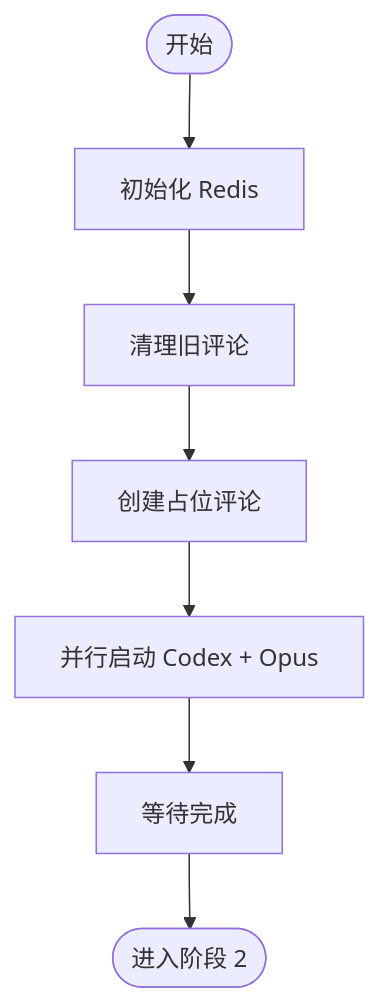
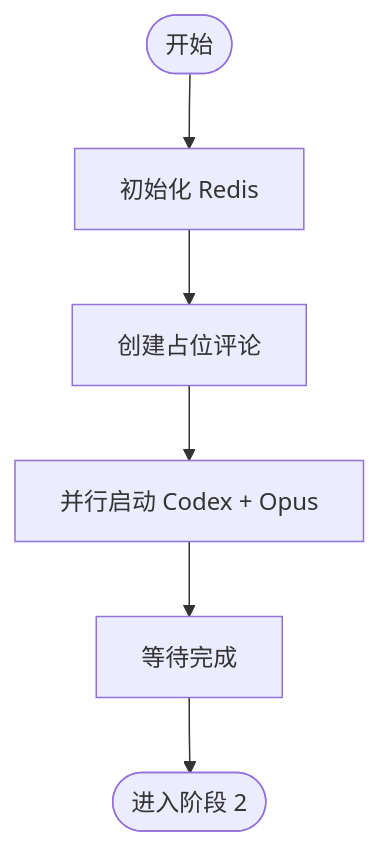
Before and after one commit to notdp/.dotfiles: the diagram in skills/duoduo/stages/1-pr-review.md, drawn with Mermaid. The commit also changed other lines of this file and 29 other files, not shown here.

First line of the commit message:
feat(duo): rewrite duoduo review with FIFO-based multi-agent architecture

````diff
--- a/skills/duoduo/stages/1-pr-review.md
+++ b/skills/duoduo/stages/1-pr-review.md
@@ -7,9 +7,8 @@
 ```mermaid
 flowchart TD
     Start([开始]) --> Init[初始化 Redis]
-    Init --> Clean[清理旧评论]
-    Clean --> Create[创建占位评论]
+    Init --> Create[创建占位评论]
     Create --> Launch[并行启动 Codex + Opus]
     Launch --> Wait[等待完成]
     Wait --> Done([进入阶段 2])
 ```
````
